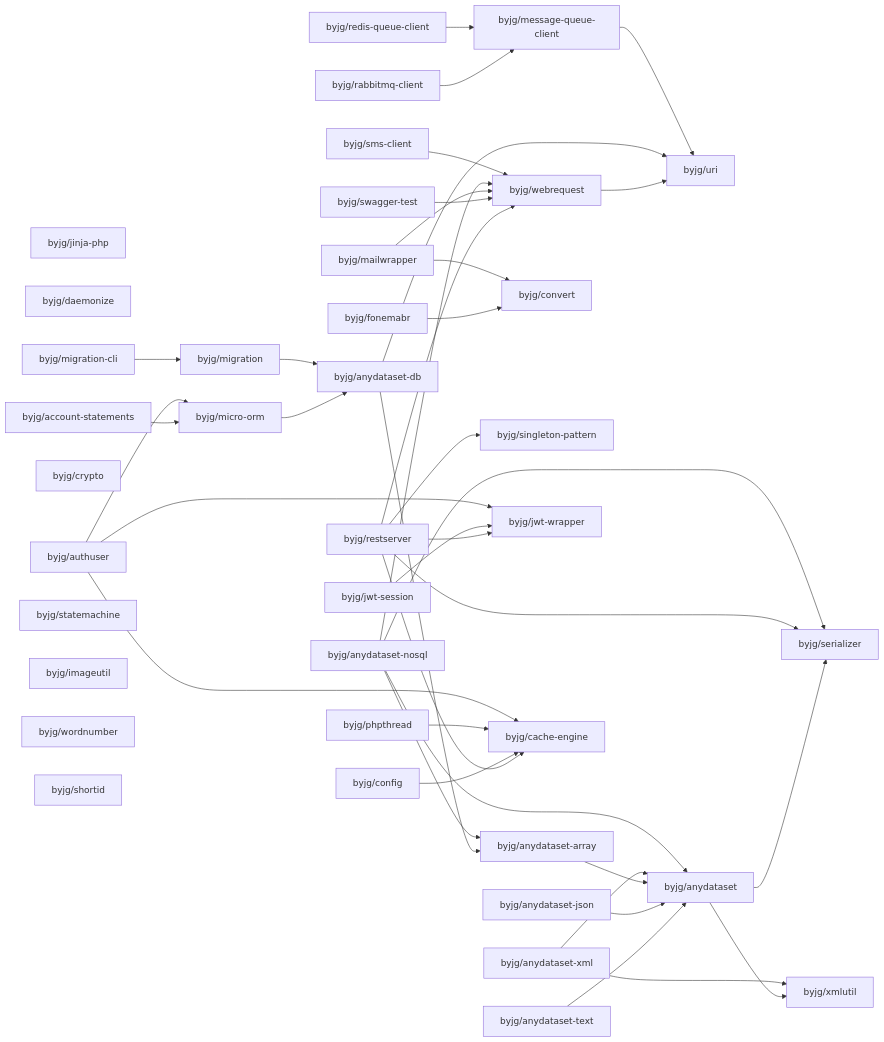
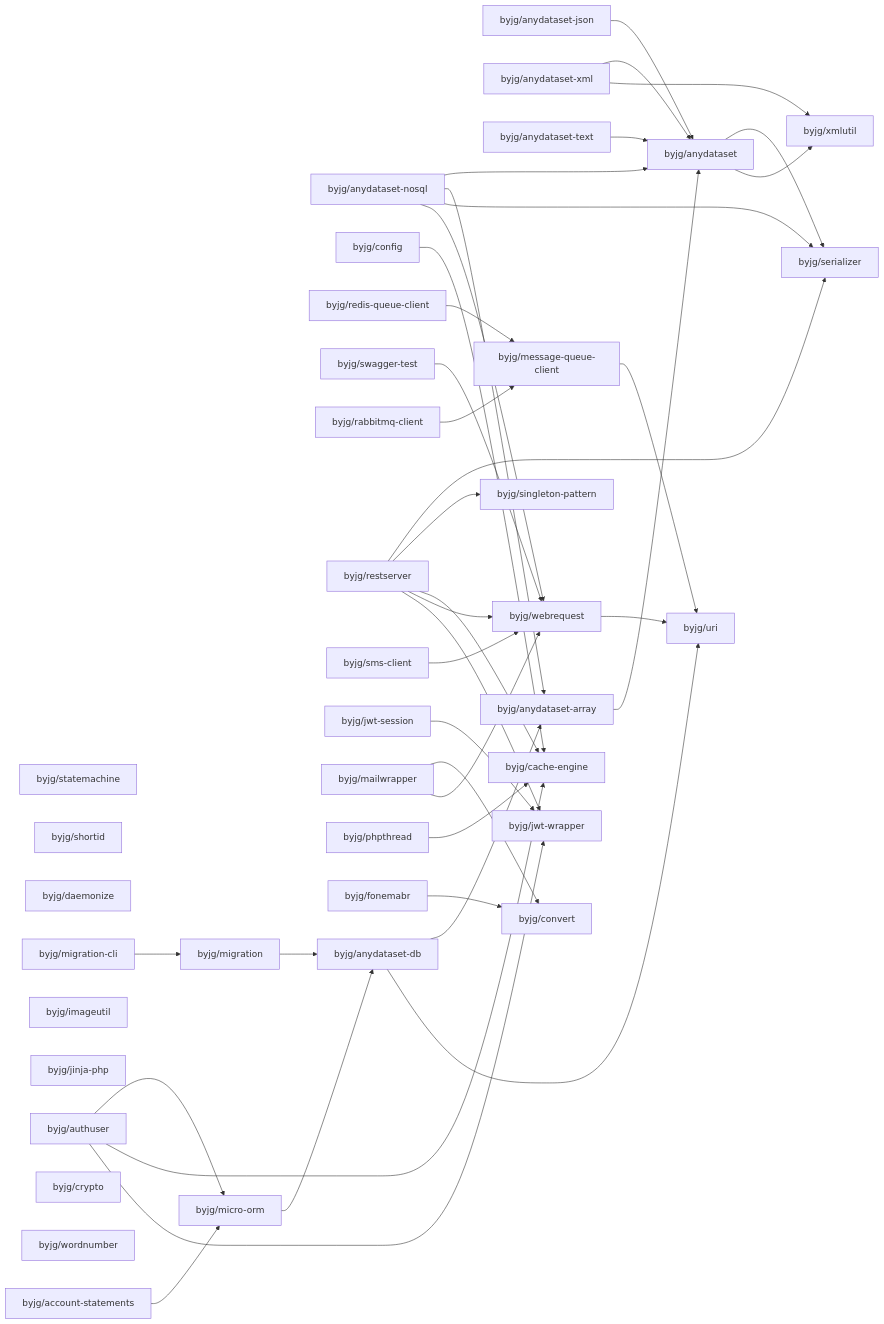
One commit to byjg/byjg.github.io changed the diagram in docs/php/README.md. Above: the diagram before and after it, drawn with Mermaid. The commit also changed other lines of this file, not shown here.

Commit message:
Update documentation 'php' 'php-migration'

````diff
--- a/docs/php/README.md
+++ b/docs/php/README.md
@@ -3,78 +3,78 @@
 ```mermaid
 graph LR;
-  byjg/mailwrapper;
+  byjg/anydataset-nosql;
   byjg/anydataset-json;
-  byjg/jinja-php;
+  byjg/statemachine;
+  byjg/config;
+  byjg/shortid;
+  byjg/anydataset-xml;
+  byjg/redis-queue-client;
+  byjg/swagger-test;
   byjg/daemonize;
-  byjg/account-statements;
-  byjg/config;
-  byjg/fonemabr;
-  byjg/migration-cli;
+  byjg/rabbitmq-client;
+  byjg/authuser;
   byjg/restserver;
   byjg/sms-client;
+  byjg/jwt-session;
+  byjg/imageutil;
+  byjg/jinja-php;
+  byjg/mailwrapper;
+  byjg/migration-cli;
   byjg/crypto;
-  byjg/redis-queue-client;
-  byjg/rabbitmq-client;
-  byjg/anydataset-nosql;
-  byjg/jwt-session;
+  byjg/phpthread;
+  byjg/wordnumber;
   byjg/anydataset-text;
-  byjg/authuser;
-  byjg/swagger-test;
-  byjg/phpthread;
-  byjg/statemachine;
-  byjg/imageutil;
-  byjg/wordnumber;
-  byjg/anydataset-xml;
-  byjg/shortid;
-  byjg/convert;
-  byjg/migration;
+  byjg/fonemabr;
+  byjg/account-statements;
+  byjg/message-queue-client;
   byjg/singleton-pattern;
-  byjg/message-queue-client;
-  byjg/micro-orm;
   byjg/jwt-wrapper;
   byjg/webrequest;
+  byjg/migration;
   byjg/cache-engine;
+  byjg/convert;
+  byjg/micro-orm;
   byjg/anydataset-db;
   byjg/anydataset-array;
   byjg/uri;
   byjg/anydataset;
   byjg/serializer;
   byjg/xmlutil;
   byjg/sms-client --> byjg/webrequest;
   byjg/anydataset-nosql --> byjg/anydataset;
   byjg/anydataset-nosql --> byjg/anydataset-array;
   byjg/anydataset-nosql --> byjg/serializer;
   byjg/anydataset-nosql --> byjg/webrequest;
   byjg/anydataset-xml --> byjg/anydataset;
   byjg/anydataset-xml --> byjg/xmlutil;
   byjg/message-queue-client --> byjg/uri;
   byjg/redis-queue-client --> byjg/message-queue-client;
   byjg/authuser --> byjg/micro-orm;
   byjg/authuser --> byjg/cache-engine;
   byjg/authuser --> byjg/jwt-wrapper;
   byjg/mailwrapper --> byjg/convert;
   byjg/mailwrapper --> byjg/webrequest;
   byjg/anydataset-array --> byjg/anydataset;
   byjg/jwt-session --> byjg/jwt-wrapper;
   byjg/account-statements --> byjg/micro-orm;
   byjg/phpthread --> byjg/cache-engine;
   byjg/fonemabr --> byjg/convert;
   byjg/migration --> byjg/anydataset-db;
   byjg/micro-orm --> byjg/anydataset-db;
   byjg/swagger-test --> byjg/webrequest;
   byjg/anydataset-db --> byjg/anydataset-array;
   byjg/anydataset-db --> byjg/uri;
   byjg/config --> byjg/cache-engine;
   byjg/anydataset-json --> byjg/anydataset;
   byjg/anydataset-text --> byjg/anydataset;
   byjg/rabbitmq-client --> byjg/message-queue-client;
   byjg/restserver --> byjg/serializer;
   byjg/restserver --> byjg/singleton-pattern;
   byjg/restserver --> byjg/cache-engine;
   byjg/restserver --> byjg/webrequest;
   byjg/restserver --> byjg/jwt-wrapper;
   byjg/anydataset --> byjg/serializer;
   byjg/anydataset --> byjg/xmlutil;
   byjg/webrequest --> byjg/uri;
   byjg/migration-cli --> byjg/migration;
 ```
````
